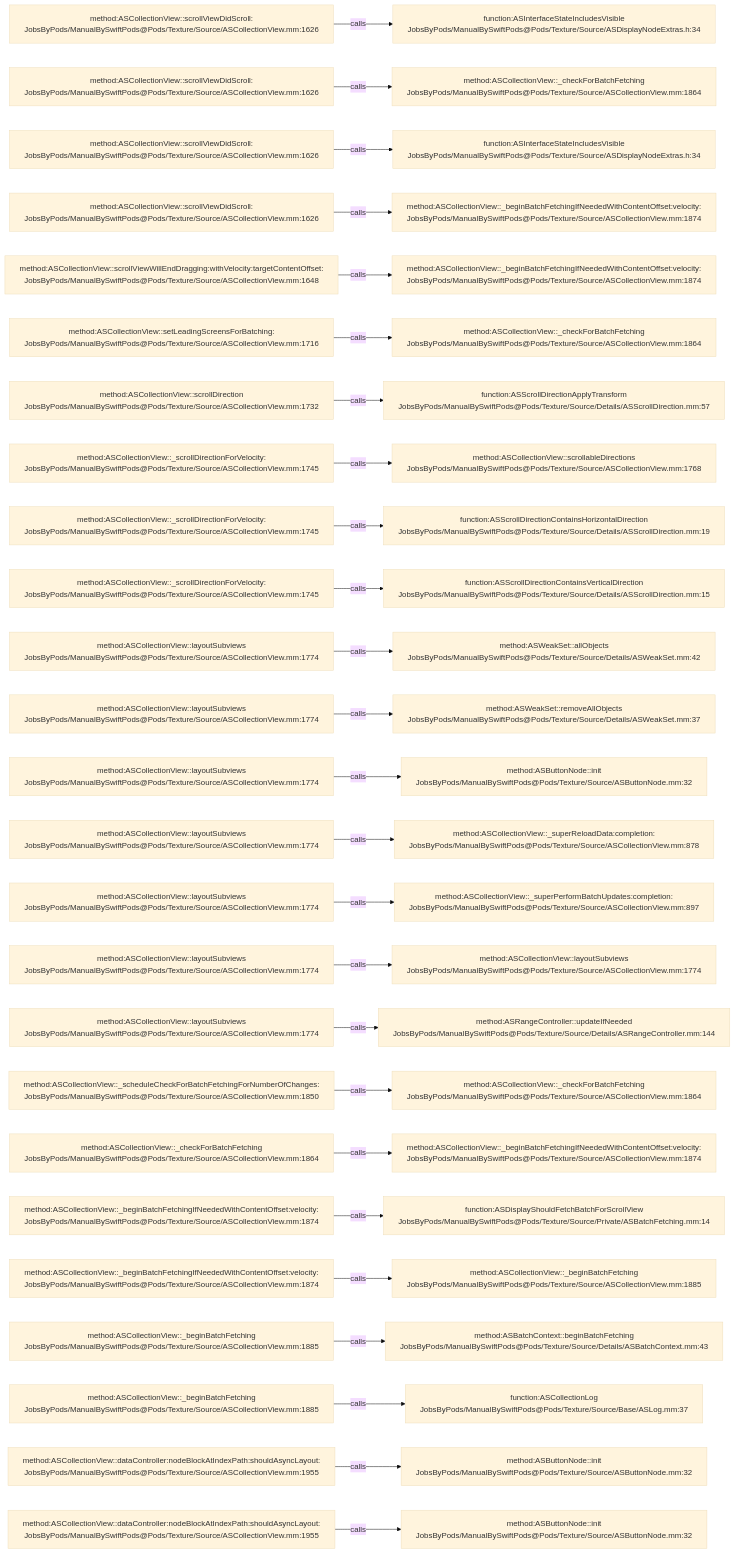
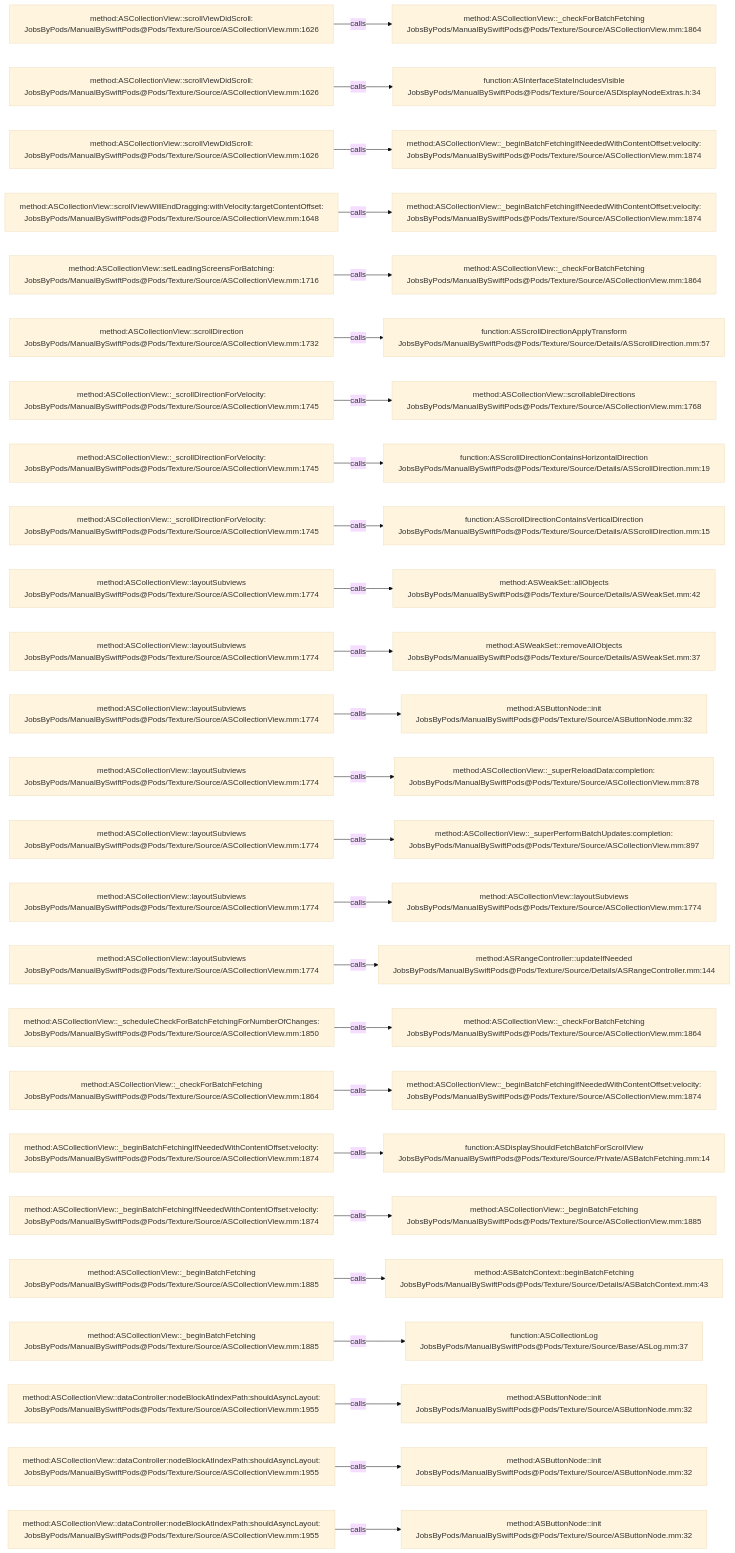
The diagram in .codegraph/codegraph.md/graphs/calls-013.md (JobsKits/JobsSwiftBaseConfigDemo), drawn with Mermaid (base theme) before and after one commit. The commit also changed 747 other files, not shown here.

````diff
--- a/.codegraph/codegraph.md/graphs/calls-013.md
+++ b/.codegraph/codegraph.md/graphs/calls-013.md
@@ -13,78 +13,78 @@
 ```mermaid
 flowchart LR
   S1["method:ASCollectionView::scrollViewDidScroll:<br/>JobsByPods/ManualBySwiftPods@Pods/Texture/Source/ASCollectionView.mm:1626"]
-  T1["function:ASInterfaceStateIncludesVisible<br/>JobsByPods/ManualBySwiftPods@Pods/Texture/Source/ASDisplayNodeExtras.h:34"]
+  T1["method:ASCollectionView::_checkForBatchFetching<br/>JobsByPods/ManualBySwiftPods@Pods/Texture/Source/ASCollectionView.mm:1864"]
   S1 -->|calls| T1
   S2["method:ASCollectionView::scrollViewDidScroll:<br/>JobsByPods/ManualBySwiftPods@Pods/Texture/Source/ASCollectionView.mm:1626"]
-  T2["method:ASCollectionView::_checkForBatchFetching<br/>JobsByPods/ManualBySwiftPods@Pods/Texture/Source/ASCollectionView.mm:1864"]
+  T2["function:ASInterfaceStateIncludesVisible<br/>JobsByPods/ManualBySwiftPods@Pods/Texture/Source/ASDisplayNodeExtras.h:34"]
   S2 -->|calls| T2
   S3["method:ASCollectionView::scrollViewDidScroll:<br/>JobsByPods/ManualBySwiftPods@Pods/Texture/Source/ASCollectionView.mm:1626"]
-  T3["function:ASInterfaceStateIncludesVisible<br/>JobsByPods/ManualBySwiftPods@Pods/Texture/Source/ASDisplayNodeExtras.h:34"]
+  T3["method:ASCollectionView::_beginBatchFetchingIfNeededWithContentOffset:velocity:<br/>JobsByPods/ManualBySwiftPods@Pods/Texture/Source/ASCollectionView.mm:1874"]
   S3 -->|calls| T3
-  S4["method:ASCollectionView::scrollViewDidScroll:<br/>JobsByPods/ManualBySwiftPods@Pods/Texture/Source/ASCollectionView.mm:1626"]
+  S4["method:ASCollectionView::scrollViewWillEndDragging:withVelocity:targetContentOffset:<br/>JobsByPods/ManualBySwiftPods@Pods/Texture/Source/ASCollectionView.mm:1648"]
   T4["method:ASCollectionView::_beginBatchFetchingIfNeededWithContentOffset:velocity:<br/>JobsByPods/ManualBySwiftPods@Pods/Texture/Source/ASCollectionView.mm:1874"]
   S4 -->|calls| T4
-  S5["method:ASCollectionView::scrollViewWillEndDragging:withVelocity:targetContentOffset:<br/>JobsByPods/ManualBySwiftPods@Pods/Texture/Source/ASCollectionView.mm:1648"]
-  T5["method:ASCollectionView::_beginBatchFetchingIfNeededWithContentOffset:velocity:<br/>JobsByPods/ManualBySwiftPods@Pods/Texture/Source/ASCollectionView.mm:1874"]
+  S5["method:ASCollectionView::setLeadingScreensForBatching:<br/>JobsByPods/ManualBySwiftPods@Pods/Texture/Source/ASCollectionView.mm:1716"]
+  T5["method:ASCollectionView::_checkForBatchFetching<br/>JobsByPods/ManualBySwiftPods@Pods/Texture/Source/ASCollectionView.mm:1864"]
   S5 -->|calls| T5
-  S6["method:ASCollectionView::setLeadingScreensForBatching:<br/>JobsByPods/ManualBySwiftPods@Pods/Texture/Source/ASCollectionView.mm:1716"]
-  T6["method:ASCollectionView::_checkForBatchFetching<br/>JobsByPods/ManualBySwiftPods@Pods/Texture/Source/ASCollectionView.mm:1864"]
+  S6["method:ASCollectionView::scrollDirection<br/>JobsByPods/ManualBySwiftPods@Pods/Texture/Source/ASCollectionView.mm:1732"]
+  T6["function:ASScrollDirectionApplyTransform<br/>JobsByPods/ManualBySwiftPods@Pods/Texture/Source/Details/ASScrollDirection.mm:57"]
   S6 -->|calls| T6
-  S7["method:ASCollectionView::scrollDirection<br/>JobsByPods/ManualBySwiftPods@Pods/Texture/Source/ASCollectionView.mm:1732"]
-  T7["function:ASScrollDirectionApplyTransform<br/>JobsByPods/ManualBySwiftPods@Pods/Texture/Source/Details/ASScrollDirection.mm:57"]
+  S7["method:ASCollectionView::_scrollDirectionForVelocity:<br/>JobsByPods/ManualBySwiftPods@Pods/Texture/Source/ASCollectionView.mm:1745"]
+  T7["method:ASCollectionView::scrollableDirections<br/>JobsByPods/ManualBySwiftPods@Pods/Texture/Source/ASCollectionView.mm:1768"]
   S7 -->|calls| T7
   S8["method:ASCollectionView::_scrollDirectionForVelocity:<br/>JobsByPods/ManualBySwiftPods@Pods/Texture/Source/ASCollectionView.mm:1745"]
-  T8["method:ASCollectionView::scrollableDirections<br/>JobsByPods/ManualBySwiftPods@Pods/Texture/Source/ASCollectionView.mm:1768"]
+  T8["function:ASScrollDirectionContainsHorizontalDirection<br/>JobsByPods/ManualBySwiftPods@Pods/Texture/Source/Details/ASScrollDirection.mm:19"]
   S8 -->|calls| T8
   S9["method:ASCollectionView::_scrollDirectionForVelocity:<br/>JobsByPods/ManualBySwiftPods@Pods/Texture/Source/ASCollectionView.mm:1745"]
-  T9["function:ASScrollDirectionContainsHorizontalDirection<br/>JobsByPods/ManualBySwiftPods@Pods/Texture/Source/Details/ASScrollDirection.mm:19"]
+  T9["function:ASScrollDirectionContainsVerticalDirection<br/>JobsByPods/ManualBySwiftPods@Pods/Texture/Source/Details/ASScrollDirection.mm:15"]
   S9 -->|calls| T9
-  S10["method:ASCollectionView::_scrollDirectionForVelocity:<br/>JobsByPods/ManualBySwiftPods@Pods/Texture/Source/ASCollectionView.mm:1745"]
-  T10["function:ASScrollDirectionContainsVerticalDirection<br/>JobsByPods/ManualBySwiftPods@Pods/Texture/Source/Details/ASScrollDirection.mm:15"]
+  S10["method:ASCollectionView::layoutSubviews<br/>JobsByPods/ManualBySwiftPods@Pods/Texture/Source/ASCollectionView.mm:1774"]
+  T10["method:ASWeakSet::allObjects<br/>JobsByPods/ManualBySwiftPods@Pods/Texture/Source/Details/ASWeakSet.mm:42"]
   S10 -->|calls| T10
   S11["method:ASCollectionView::layoutSubviews<br/>JobsByPods/ManualBySwiftPods@Pods/Texture/Source/ASCollectionView.mm:1774"]
-  T11["method:ASWeakSet::allObjects<br/>JobsByPods/ManualBySwiftPods@Pods/Texture/Source/Details/ASWeakSet.mm:42"]
+  T11["method:ASWeakSet::removeAllObjects<br/>JobsByPods/ManualBySwiftPods@Pods/Texture/Source/Details/ASWeakSet.mm:37"]
   S11 -->|calls| T11
   S12["method:ASCollectionView::layoutSubviews<br/>JobsByPods/ManualBySwiftPods@Pods/Texture/Source/ASCollectionView.mm:1774"]
-  T12["method:ASWeakSet::removeAllObjects<br/>JobsByPods/ManualBySwiftPods@Pods/Texture/Source/Details/ASWeakSet.mm:37"]
+  T12["method:ASButtonNode::init<br/>JobsByPods/ManualBySwiftPods@Pods/Texture/Source/ASButtonNode.mm:32"]
   S12 -->|calls| T12
   S13["method:ASCollectionView::layoutSubviews<br/>JobsByPods/ManualBySwiftPods@Pods/Texture/Source/ASCollectionView.mm:1774"]
-  T13["method:ASButtonNode::init<br/>JobsByPods/ManualBySwiftPods@Pods/Texture/Source/ASButtonNode.mm:32"]
+  T13["method:ASCollectionView::_superReloadData:completion:<br/>JobsByPods/ManualBySwiftPods@Pods/Texture/Source/ASCollectionView.mm:878"]
   S13 -->|calls| T13
   S14["method:ASCollectionView::layoutSubviews<br/>JobsByPods/ManualBySwiftPods@Pods/Texture/Source/ASCollectionView.mm:1774"]
-  T14["method:ASCollectionView::_superReloadData:completion:<br/>JobsByPods/ManualBySwiftPods@Pods/Texture/Source/ASCollectionView.mm:878"]
+  T14["method:ASCollectionView::_superPerformBatchUpdates:completion:<br/>JobsByPods/ManualBySwiftPods@Pods/Texture/Source/ASCollectionView.mm:897"]
   S14 -->|calls| T14
   S15["method:ASCollectionView::layoutSubviews<br/>JobsByPods/ManualBySwiftPods@Pods/Texture/Source/ASCollectionView.mm:1774"]
-  T15["method:ASCollectionView::_superPerformBatchUpdates:completion:<br/>JobsByPods/ManualBySwiftPods@Pods/Texture/Source/ASCollectionView.mm:897"]
+  T15["method:ASCollectionView::layoutSubviews<br/>JobsByPods/ManualBySwiftPods@Pods/Texture/Source/ASCollectionView.mm:1774"]
   S15 -->|calls| T15
   S16["method:ASCollectionView::layoutSubviews<br/>JobsByPods/ManualBySwiftPods@Pods/Texture/Source/ASCollectionView.mm:1774"]
-  T16["method:ASCollectionView::layoutSubviews<br/>JobsByPods/ManualBySwiftPods@Pods/Texture/Source/ASCollectionView.mm:1774"]
+  T16["method:ASRangeController::updateIfNeeded<br/>JobsByPods/ManualBySwiftPods@Pods/Texture/Source/Details/ASRangeController.mm:144"]
   S16 -->|calls| T16
-  S17["method:ASCollectionView::layoutSubviews<br/>JobsByPods/ManualBySwiftPods@Pods/Texture/Source/ASCollectionView.mm:1774"]
-  T17["method:ASRangeController::updateIfNeeded<br/>JobsByPods/ManualBySwiftPods@Pods/Texture/Source/Details/ASRangeController.mm:144"]
+  S17["method:ASCollectionView::_scheduleCheckForBatchFetchingForNumberOfChanges:<br/>JobsByPods/ManualBySwiftPods@Pods/Texture/Source/ASCollectionView.mm:1850"]
+  T17["method:ASCollectionView::_checkForBatchFetching<br/>JobsByPods/ManualBySwiftPods@Pods/Texture/Source/ASCollectionView.mm:1864"]
   S17 -->|calls| T17
-  S18["method:ASCollectionView::_scheduleCheckForBatchFetchingForNumberOfChanges:<br/>JobsByPods/ManualBySwiftPods@Pods/Texture/Source/ASCollectionView.mm:1850"]
-  T18["method:ASCollectionView::_checkForBatchFetching<br/>JobsByPods/ManualBySwiftPods@Pods/Texture/Source/ASCollectionView.mm:1864"]
+  S18["method:ASCollectionView::_checkForBatchFetching<br/>JobsByPods/ManualBySwiftPods@Pods/Texture/Source/ASCollectionView.mm:1864"]
+  T18["method:ASCollectionView::_beginBatchFetchingIfNeededWithContentOffset:velocity:<br/>JobsByPods/ManualBySwiftPods@Pods/Texture/Source/ASCollectionView.mm:1874"]
   S18 -->|calls| T18
-  S19["method:ASCollectionView::_checkForBatchFetching<br/>JobsByPods/ManualBySwiftPods@Pods/Texture/Source/ASCollectionView.mm:1864"]
-  T19["method:ASCollectionView::_beginBatchFetchingIfNeededWithContentOffset:velocity:<br/>JobsByPods/ManualBySwiftPods@Pods/Texture/Source/ASCollectionView.mm:1874"]
+  S19["method:ASCollectionView::_beginBatchFetchingIfNeededWithContentOffset:velocity:<br/>JobsByPods/ManualBySwiftPods@Pods/Texture/Source/ASCollectionView.mm:1874"]
+  T19["function:ASDisplayShouldFetchBatchForScrollView<br/>JobsByPods/ManualBySwiftPods@Pods/Texture/Source/Private/ASBatchFetching.mm:14"]
   S19 -->|calls| T19
   S20["method:ASCollectionView::_beginBatchFetchingIfNeededWithContentOffset:velocity:<br/>JobsByPods/ManualBySwiftPods@Pods/Texture/Source/ASCollectionView.mm:1874"]
-  T20["function:ASDisplayShouldFetchBatchForScrollView<br/>JobsByPods/ManualBySwiftPods@Pods/Texture/Source/Private/ASBatchFetching.mm:14"]
+  T20["method:ASCollectionView::_beginBatchFetching<br/>JobsByPods/ManualBySwiftPods@Pods/Texture/Source/ASCollectionView.mm:1885"]
   S20 -->|calls| T20
-  S21["method:ASCollectionView::_beginBatchFetchingIfNeededWithContentOffset:velocity:<br/>JobsByPods/ManualBySwiftPods@Pods/Texture/Source/ASCollectionView.mm:1874"]
-  T21["method:ASCollectionView::_beginBatchFetching<br/>JobsByPods/ManualBySwiftPods@Pods/Texture/Source/ASCollectionView.mm:1885"]
+  S21["method:ASCollectionView::_beginBatchFetching<br/>JobsByPods/ManualBySwiftPods@Pods/Texture/Source/ASCollectionView.mm:1885"]
+  T21["method:ASBatchContext::beginBatchFetching<br/>JobsByPods/ManualBySwiftPods@Pods/Texture/Source/Details/ASBatchContext.mm:43"]
   S21 -->|calls| T21
   S22["method:ASCollectionView::_beginBatchFetching<br/>JobsByPods/ManualBySwiftPods@Pods/Texture/Source/ASCollectionView.mm:1885"]
-  T22["method:ASBatchContext::beginBatchFetching<br/>JobsByPods/ManualBySwiftPods@Pods/Texture/Source/Details/ASBatchContext.mm:43"]
+  T22["function:ASCollectionLog<br/>JobsByPods/ManualBySwiftPods@Pods/Texture/Source/Base/ASLog.mm:37"]
   S22 -->|calls| T22
-  S23["method:ASCollectionView::_beginBatchFetching<br/>JobsByPods/ManualBySwiftPods@Pods/Texture/Source/ASCollectionView.mm:1885"]
-  T23["function:ASCollectionLog<br/>JobsByPods/ManualBySwiftPods@Pods/Texture/Source/Base/ASLog.mm:37"]
+  S23["method:ASCollectionView::dataController:nodeBlockAtIndexPath:shouldAsyncLayout:<br/>JobsByPods/ManualBySwiftPods@Pods/Texture/Source/ASCollectionView.mm:1955"]
+  T23["method:ASButtonNode::init<br/>JobsByPods/ManualBySwiftPods@Pods/Texture/Source/ASButtonNode.mm:32"]
   S23 -->|calls| T23
   S24["method:ASCollectionView::dataController:nodeBlockAtIndexPath:shouldAsyncLayout:<br/>JobsByPods/ManualBySwiftPods@Pods/Texture/Source/ASCollectionView.mm:1955"]
   T24["method:ASButtonNode::init<br/>JobsByPods/ManualBySwiftPods@Pods/Texture/Source/ASButtonNode.mm:32"]
   S24 -->|calls| T24
   S25["method:ASCollectionView::dataController:nodeBlockAtIndexPath:shouldAsyncLayout:<br/>JobsByPods/ManualBySwiftPods@Pods/Texture/Source/ASCollectionView.mm:1955"]
   T25["method:ASButtonNode::init<br/>JobsByPods/ManualBySwiftPods@Pods/Texture/Source/ASButtonNode.mm:32"]
   S25 -->|calls| T25
 ```
````
